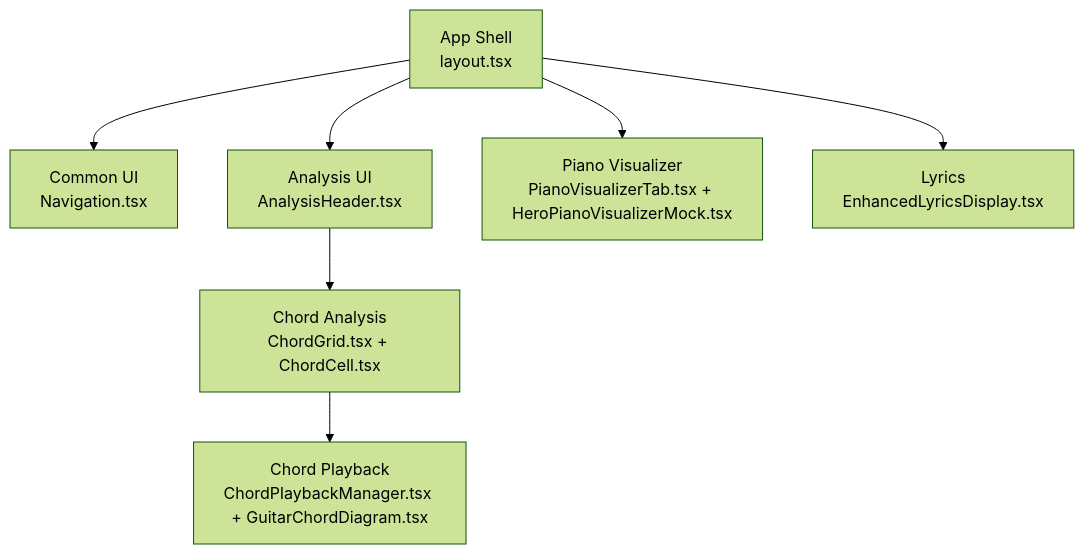
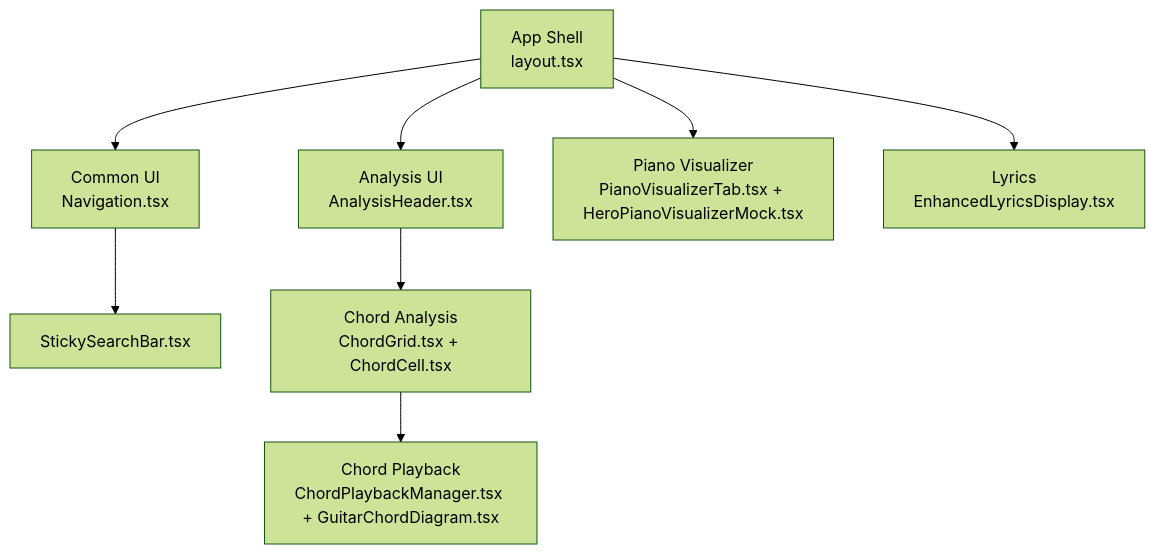
One commit to ptnghia-j/ChordMiniApp changed the second of 10 diagrams in .qoder/repowiki/en/content/Frontend Application/Component Library and UI System/Component Library and UI System.md. Above: the diagram before and after it, drawn with Mermaid (forest theme). The commit also changed other lines of this file and 13 other files, not shown here.

````diff
--- a/.qoder/repowiki/en/content/Frontend Application/Component Library and UI System/Component Library and UI System.md
+++ b/.qoder/repowiki/en/content/Frontend Application/Component Library and UI System/Component Library and UI System.md
@@ -153,16 +159,18 @@
 ```mermaid
 graph TB
 APP["App Shell<br/>layout.tsx"]
 COMMON["Common UI<br/>Navigation.tsx"]
+SEARCH["StickySearchBar.tsx"]
 ANALYSIS["Analysis UI<br/>AnalysisHeader.tsx"]
 CHORD_ANALYSIS["Chord Analysis<br/>ChordGrid.tsx + ChordCell.tsx"]
 CHORD_PLAYBACK["Chord Playback<br/>ChordPlaybackManager.tsx + GuitarChordDiagram.tsx"]
 PIANO_VIS["Piano Visualizer<br/>PianoVisualizerTab.tsx + HeroPianoVisualizerMock.tsx"]
 LYRICS["Lyrics<br/>EnhancedLyricsDisplay.tsx"]
 APP --> COMMON
+COMMON --> SEARCH
 APP --> ANALYSIS
 ANALYSIS --> CHORD_ANALYSIS
 CHORD_ANALYSIS --> CHORD_PLAYBACK
 APP --> PIANO_VIS
 APP --> LYRICS
 ```
````
